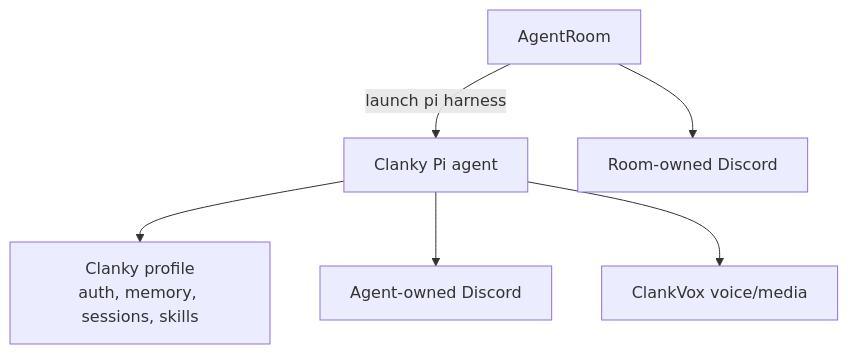
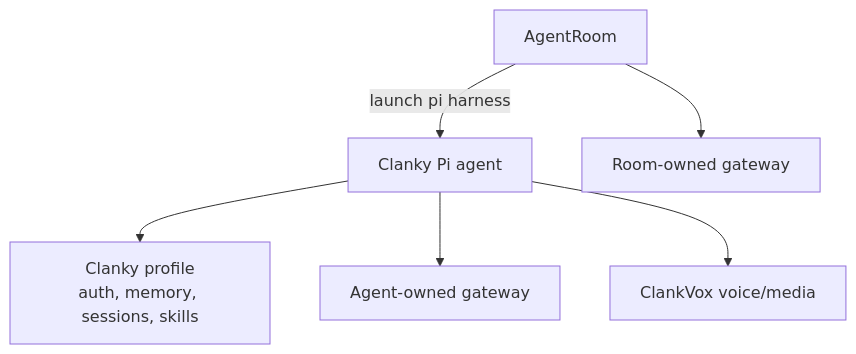
One commit to Volpestyle/agent-room changed the third of 3 diagrams in docs/ECOSYSTEM.md. Above: the diagram before and after it, drawn with Mermaid. The commit also changed other lines of this file and 15 other files, not shown here.

````diff
--- a/docs/ECOSYSTEM.md
+++ b/docs/ECOSYSTEM.md
@@ -135,15 +138,15 @@
 ```mermaid
 flowchart TB
   room["AgentRoom"]
   clanky["Clanky Pi agent"]
   profile["Clanky profile<br/>auth, memory, sessions, skills"]
-  discord["Agent-owned Discord"]
-  roomDiscord["Room-owned Discord"]
+  gateway["Agent-owned gateway"]
+  roomGateway["Room-owned gateway"]
   voice["ClankVox voice/media"]
 
   room -->|launch pi harness| clanky
   clanky --> profile
-  clanky --> discord
-  room --> roomDiscord
+  clanky --> gateway
+  room --> roomGateway
   clanky --> voice
 ```
````
